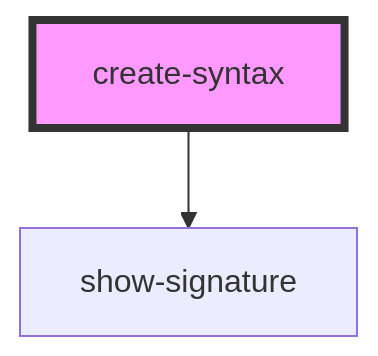
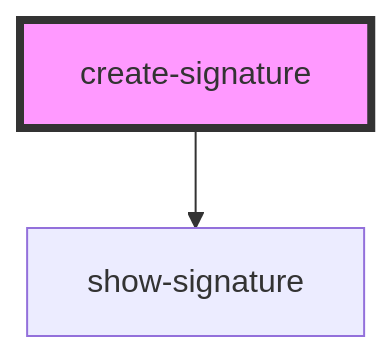
One commit to rhazn/logic-components changed the diagram in src/components/create-syntax/readme.md. Above: the diagram before and after it, drawn with Mermaid. The commit also changed other lines of this file and 8 other files, not shown here.

Commit message:
renamed syntax to signature

````diff
--- a/src/components/create-syntax/readme.md
+++ b/src/components/create-syntax/readme.md
@@ -37,5 +37,5 @@
 ```mermaid
 graph TD;
-  create-syntax --> show-signature
-  style create-syntax fill:#f9f,stroke:#333,stroke-width:4px
+  create-signature --> show-signature
+  style create-signature fill:#f9f,stroke:#333,stroke-width:4px
 ```
````
